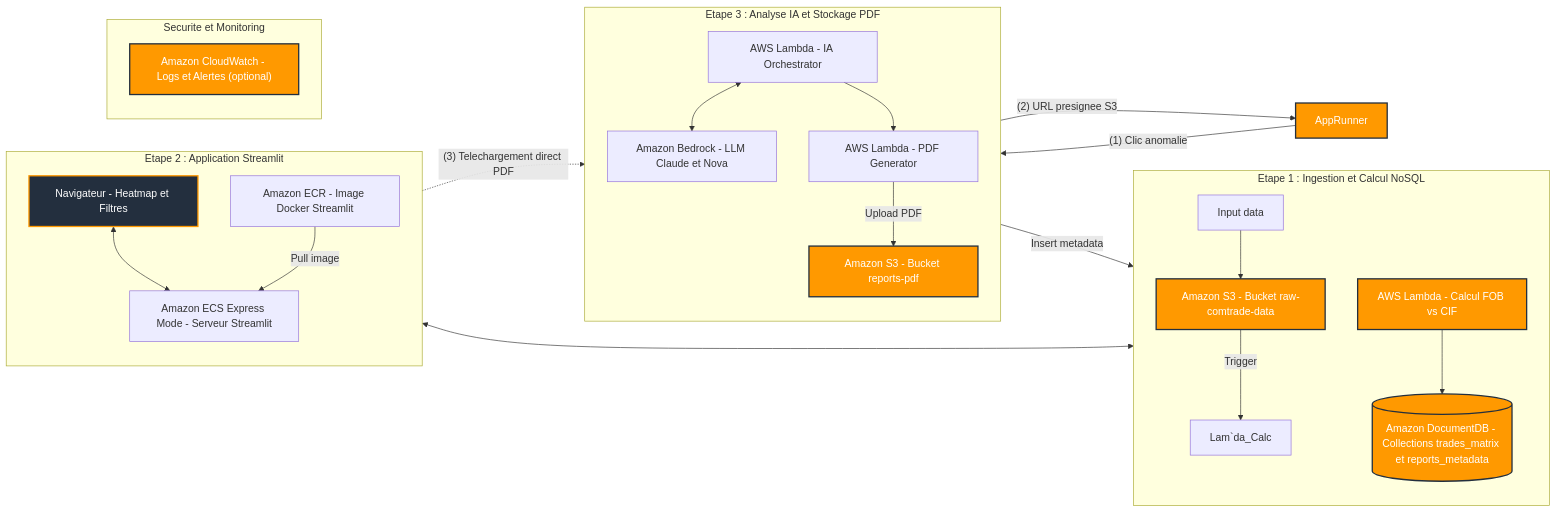
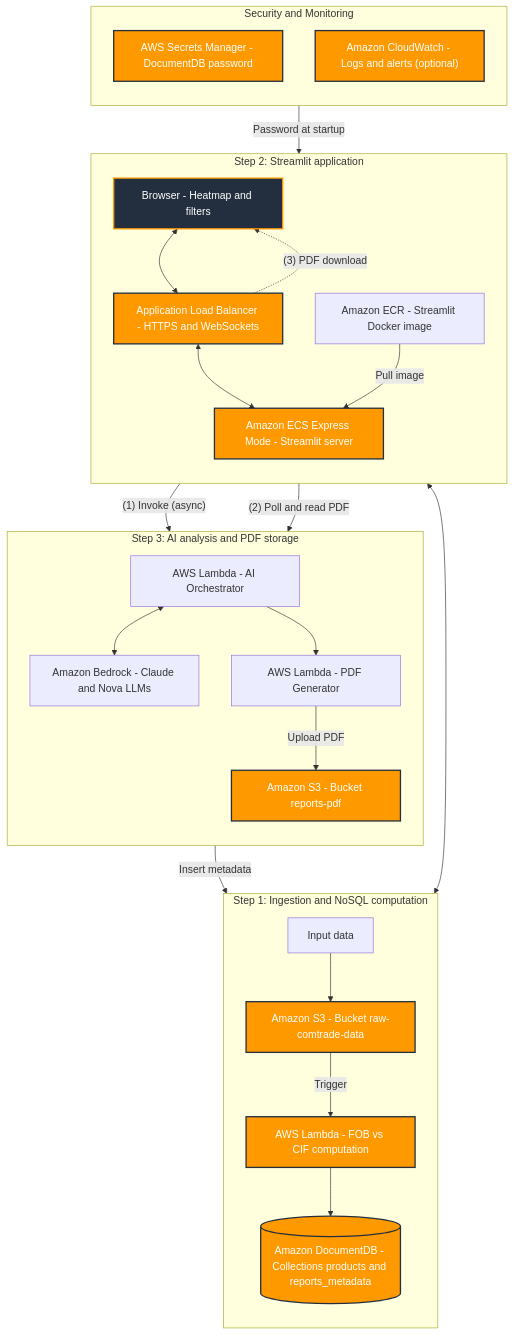
One commit to Aymen-Belkacem/Cloudsys-project changed the diagram in docs/architecture.md. Above: the diagram before and after it, drawn with Mermaid. The commit also changed 4 other files, not shown here.

Commit message:
chore: progress report, remade archi diagram

````diff
--- a/docs/architecture.md
+++ b/docs/architecture.md
@@ -1,57 +1,61 @@
 ```mermaid
-graph LR
-    subgraph DataPipeline ["Etape 1 : Ingestion et Calcul NoSQL"]
+graph TB
+    subgraph DataPipeline ["Step 1: Ingestion and NoSQL computation"]
         direction TB
         InputData["Input data"]
         S3_Raw["Amazon S3 - Bucket raw-comtrade-data"]
-        Lambda_Calc["AWS Lambda - Calcul FOB vs CIF"]
-        %% Rules["Regles Anomalies : FOB plus grand que CIF ou Gap plus grand que 35%"]
-        DocDB[("Amazon DocumentDB - Collections trades_matrix et reports_metadata")]
+        Lambda_Calc["AWS Lambda - FOB vs CIF computation"]
+        %% Rules["Anomaly rules: FOB greater than CIF or gap greater than 35%"]
+        DocDB[("Amazon DocumentDB - Collections products and reports_metadata")]
 
         InputData --> S3_Raw
-        S3_Raw -- Trigger --> Lam`da_Calc
+        S3_Raw -- Trigger --> Lambda_Calc
         %% Lambda_ETL --> Lambda_Calc
         Lambda_Calc --> DocDB
         %% Rules -.-> Lambda_Calc
     end
 
-    subgraph AppBackend ["Etape 2 : Application Streamlit"]
+    subgraph AppBackend ["Step 2: Streamlit application"]
         direction TB
-        UI["Navigateur - Heatmap et Filtres"]
-        ECR["Amazon ECR - Image Docker Streamlit"]
-        ECS["Amazon ECS Express Mode - Serveur Streamlit"]
+        UI["Browser - Heatmap and filters"]
+        ALB["Application Load Balancer - HTTPS and WebSockets"]
+        ECR["Amazon ECR - Streamlit Docker image"]
+        ECS["Amazon ECS Express Mode - Streamlit server"]
 
-        UI <--> ECS
+        UI <--> ALB
+        ALB <--> ECS
         ECR -- "Pull image" --> ECS
         ECS <--> DocDB
     end
 
-    subgraph AIGeneration ["Etape 3 : Analyse IA et Stockage PDF"]
+    subgraph AIGeneration ["Step 3: AI analysis and PDF storage"]
         direction TB
-        Lambda_AI["AWS Lambda - IA Orchestrator"]
-        Bedrock["Amazon Bedrock - LLM Claude et Nova"]
+        Lambda_AI["AWS Lambda - AI Orchestrator"]
+        Bedrock["Amazon Bedrock - Claude and Nova LLMs"]
         Lambda_PDF["AWS Lambda - PDF Generator"]
         S3_Reports["Amazon S3 - Bucket reports-pdf"]
 
         Lambda_AI <--> Bedrock
         Lambda_AI --> Lambda_PDF
         Lambda_PDF -- "Upload PDF" --> S3_Reports
         Lambda_PDF -- "Insert metadata" --> DocDB
     end
 
-    subgraph Transversal ["Securite et Monitoring"]
+    subgraph Transversal ["Security and Monitoring"]
         direction TB
-        CloudWatch["Amazon CloudWatch - Logs et Alertes (optional)"]
+        Secrets["AWS Secrets Manager - DocumentDB password"]
+        CloudWatch["Amazon CloudWatch - Logs and alerts (optional)"]
     end
 
-    AppRunner -- "(1) Clic anomalie" --> Lambda_AI
-    Lambda_PDF -- "(2) URL presignee S3" --> AppRunner
-    UI -. "(3) Telechargement direct PDF" .-> S3_Reports
+    Secrets -- "Password at startup" --> ECS
+    ECS -- "(1) Invoke (async)" --> Lambda_AI
+    ECS -- "(2) Poll and read PDF" --> S3_Reports
+    ALB -. "(3) PDF download" .-> UI
 
     classDef aws fill:#FF9900,stroke:#232F3E,stroke-width:2px,color:#FFFFFF;
     classDef client fill:#232F3E,stroke:#FF9900,stroke-width:2px,color:#FFFFFF;
     classDef ai fill:#147EBA,stroke:#232F3E,stroke-width:2px,color:#FFFFFF;
 
-    class S3_Raw,S3_Reports,Lambda_Calc,DocDB,Cognito,CloudWatch,AppRunner aws;
+    class S3_Raw,S3_Reports,Lambda_Calc,DocDB,Cognito,CloudWatch,ECS,ALB,Secrets aws;
     class UI client;
 ```
````
